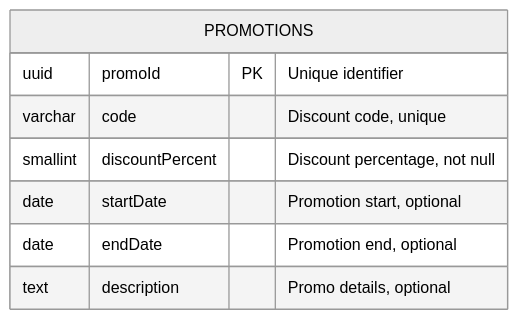
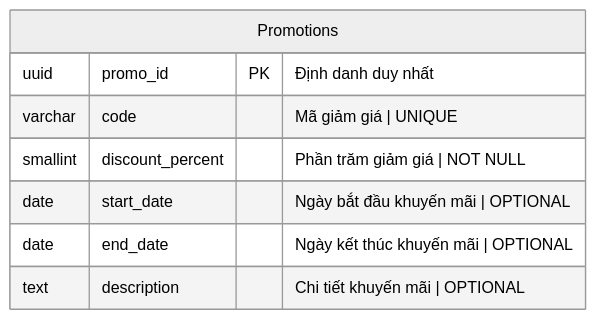
Before and after one commit to hainguyen81/membership-hub: the tenth of 12 diagrams in docs/requirements/requirements.md, drawn with Mermaid (neutral theme). The commit also changed other lines of this file and 1 other file, not shown here.

````diff
--- a/docs/requirements/requirements.md
+++ b/docs/requirements/requirements.md
@@ -269,11 +591,11 @@
-  ```mermaid
-  erDiagram
-      PROMOTIONS {
-          uuid promoId PK "Unique identifier"
-          varchar code "Discount code, unique"
-          smallint discountPercent "Discount percentage, not null"
-          date startDate "Promotion start, optional"
-          date endDate "Promotion end, optional"
-          text description "Promo details, optional"
-      }
-  ```
+```mermaid
+erDiagram
+    Promotions {
+        uuid promo_id PK "Định danh duy nhất"
+        varchar code "Mã giảm giá | UNIQUE"
+        smallint discount_percent "Phần trăm giảm giá | NOT NULL"
+        date start_date "Ngày bắt đầu khuyến mãi | OPTIONAL"
+        date end_date "Ngày kết thúc khuyến mãi | OPTIONAL"
+        text description "Chi tiết khuyến mãi | OPTIONAL"
+    }
+```
````
